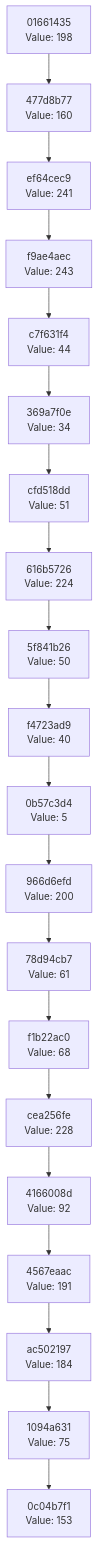
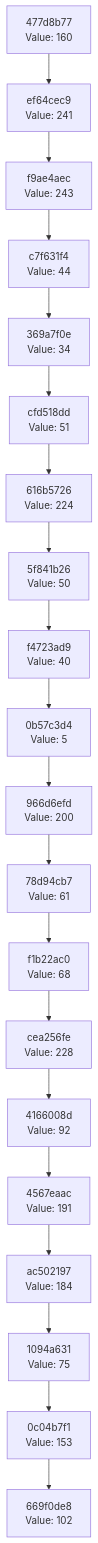
Before and after one commit to Abhisheksinha1506/hash-chain-evolver: the diagram in docs/CHAIN_VISUALIZATION.md, drawn with Mermaid. The commit also changed 3 other files, not shown here.

````diff
--- a/docs/CHAIN_VISUALIZATION.md
+++ b/docs/CHAIN_VISUALIZATION.md
@@ -3,42 +3,42 @@
 ```mermaid
 graph TD
-    C0["0c04b7f1<br/>Value: 153"]
-    C1["1094a631<br/>Value: 75"]
+    C0["669f0de8<br/>Value: 102"]
+    C1["0c04b7f1<br/>Value: 153"]
     C1 --> C0
-    C2["ac502197<br/>Value: 184"]
+    C2["1094a631<br/>Value: 75"]
     C2 --> C1
-    C3["4567eaac<br/>Value: 191"]
+    C3["ac502197<br/>Value: 184"]
     C3 --> C2
-    C4["4166008d<br/>Value: 92"]
+    C4["4567eaac<br/>Value: 191"]
     C4 --> C3
-    C5["cea256fe<br/>Value: 228"]
+    C5["4166008d<br/>Value: 92"]
     C5 --> C4
-    C6["f1b22ac0<br/>Value: 68"]
+    C6["cea256fe<br/>Value: 228"]
     C6 --> C5
-    C7["78d94cb7<br/>Value: 61"]
+    C7["f1b22ac0<br/>Value: 68"]
     C7 --> C6
-    C8["966d6efd<br/>Value: 200"]
+    C8["78d94cb7<br/>Value: 61"]
     C8 --> C7
-    C9["0b57c3d4<br/>Value: 5"]
+    C9["966d6efd<br/>Value: 200"]
     C9 --> C8
-    C10["f4723ad9<br/>Value: 40"]
+    C10["0b57c3d4<br/>Value: 5"]
     C10 --> C9
-    C11["5f841b26<br/>Value: 50"]
+    C11["f4723ad9<br/>Value: 40"]
     C11 --> C10
-    C12["616b5726<br/>Value: 224"]
+    C12["5f841b26<br/>Value: 50"]
     C12 --> C11
-    C13["cfd518dd<br/>Value: 51"]
+    C13["616b5726<br/>Value: 224"]
     C13 --> C12
-    C14["369a7f0e<br/>Value: 34"]
+    C14["cfd518dd<br/>Value: 51"]
     C14 --> C13
-    C15["c7f631f4<br/>Value: 44"]
+    C15["369a7f0e<br/>Value: 34"]
     C15 --> C14
-    C16["f9ae4aec<br/>Value: 243"]
+    C16["c7f631f4<br/>Value: 44"]
     C16 --> C15
-    C17["ef64cec9<br/>Value: 241"]
+    C17["f9ae4aec<br/>Value: 243"]
     C17 --> C16
-    C18["477d8b77<br/>Value: 160"]
+    C18["ef64cec9<br/>Value: 241"]
     C18 --> C17
-    C19["01661435<br/>Value: 198"]
+    C19["477d8b77<br/>Value: 160"]
     C19 --> C18
 ```
````
